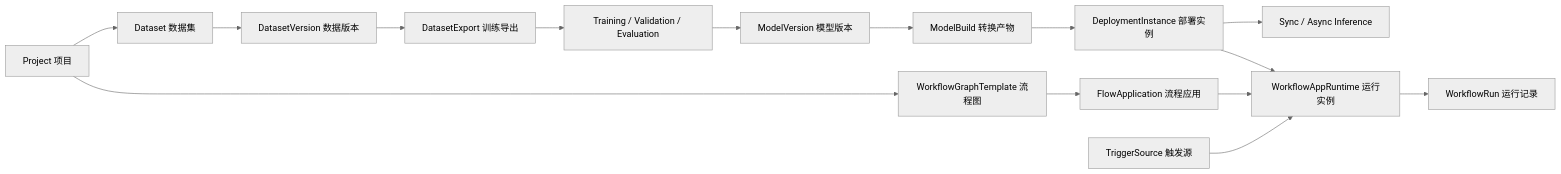
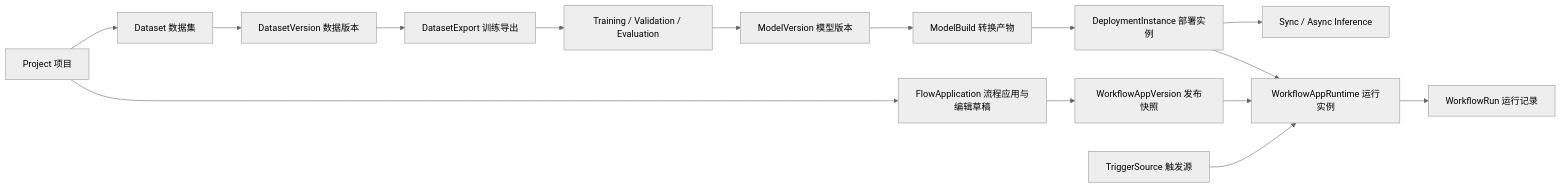
Before and after one commit to ammm56/amvision: the diagram in docs/design/frontend/product-principles.md, drawn with Mermaid (neutral theme). The commit also changed other lines of this file and 70 other files, not shown here.

````diff
--- a/docs/design/frontend/product-principles.md
+++ b/docs/design/frontend/product-principles.md
@@ -85,17 +91,17 @@
 ```mermaid
 flowchart LR
     P["Project 项目"] --> D["Dataset 数据集"]
     D --> DV["DatasetVersion 数据版本"]
     DV --> DE["DatasetExport 训练导出"]
     DE --> T["Training / Validation / Evaluation"]
     T --> MV["ModelVersion 模型版本"]
     MV --> MB["ModelBuild 转换产物"]
     MB --> DI["DeploymentInstance 部署实例"]
     DI --> I["Sync / Async Inference"]
-    P --> WT["WorkflowGraphTemplate 流程图"]
-    WT --> WA["FlowApplication 流程应用"]
-    WA --> WR["WorkflowAppRuntime 运行实例"]
+    P --> WA["FlowApplication 流程应用与编辑草稿"]
+    WA --> AV["WorkflowAppVersion 发布快照"]
+    AV --> WR["WorkflowAppRuntime 运行实例"]
     WR --> RUN["WorkflowRun 运行记录"]
     TS["TriggerSource 触发源"] --> WR
     DI --> WR
 ```
````
